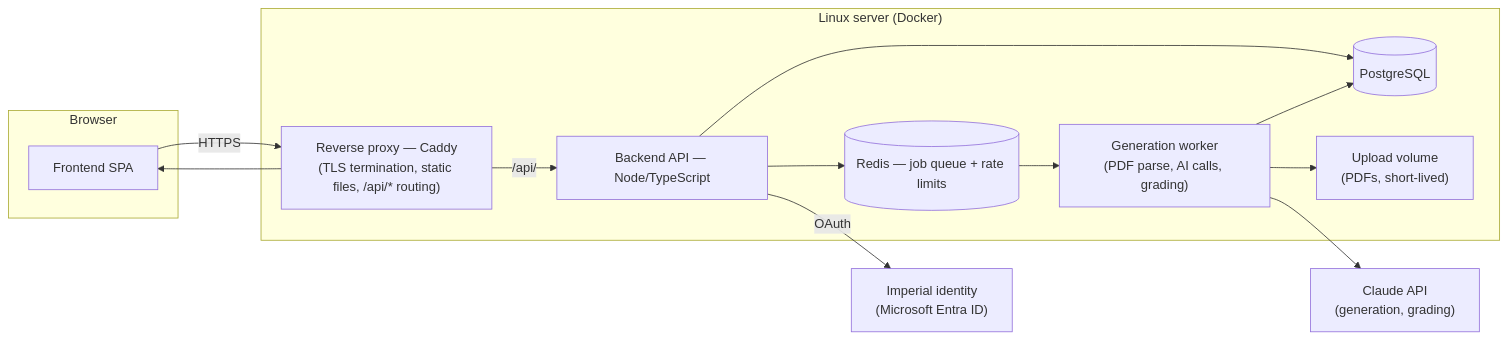
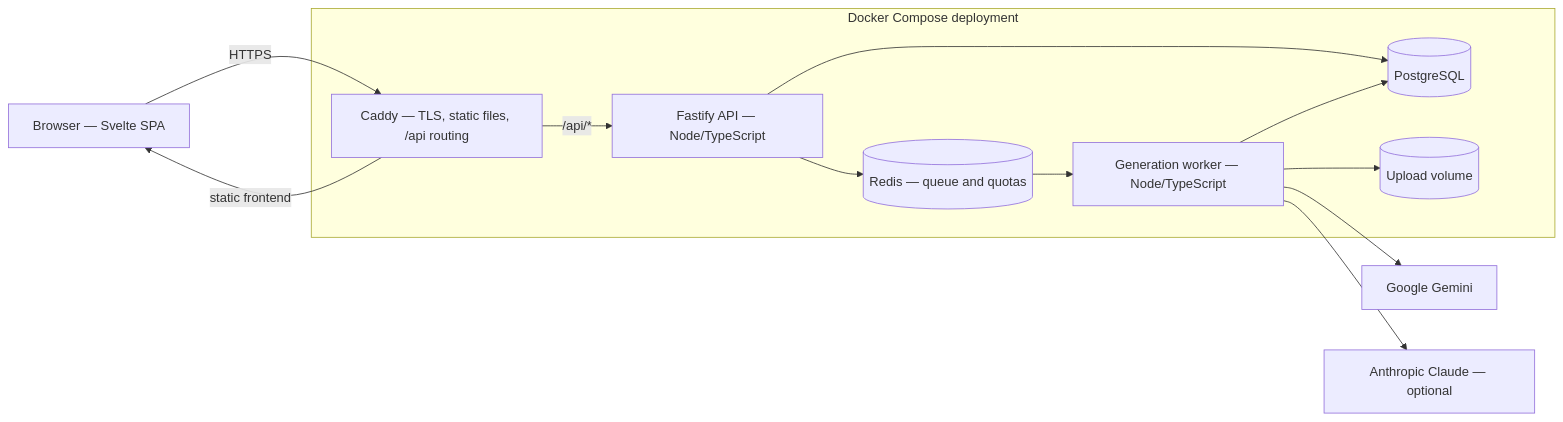
The first of 2 diagrams in design.md (JiamingLiu5/foe-edtechlab-flashcards), drawn with Mermaid before and after one commit. The commit also changed other lines of this file and 13 other files, not shown here.

Commit message:
Add teacher user flow

````diff
--- a/design.md
+++ b/design.md
@@ -11,29 +14,27 @@
 ```mermaid
 flowchart LR
-  subgraph Client["Browser"]
-    SPA["Frontend SPA"]
+  Browser[Browser — Svelte SPA]
+
+  subgraph Docker[Docker Compose deployment]
+    Proxy[Caddy — TLS, static files, /api routing]
+    API[Fastify API — Node/TypeScript]
+    Worker[Generation worker — Node/TypeScript]
+    DB[(PostgreSQL)]
+    Redis[(Redis — queue and quotas)]
+    Uploads[(Upload volume)]
   end
 
-  subgraph Server["Linux server (Docker)"]
-    Proxy["Reverse proxy — Caddy\n(TLS termination, static files, /api/* routing)"]
-    API["Backend API — Node/TypeScript"]
-    Worker["Generation worker\n(PDF parse, AI calls, grading)"]
-    DB[("PostgreSQL")]
-    Queue[("Redis — job queue + rate limits")]
-    Files["Upload volume\n(PDFs, short-lived)"]
-  end
+  Gemini[Google Gemini]
+  Claude[Anthropic Claude — optional]
 
-  AI["Claude API\n(generation, grading)"]
-  IdP["Imperial identity\n(Microsoft Entra ID)"]
-
-  SPA -- HTTPS --> Proxy
-  Proxy --> SPA
-  Proxy -- "/api/" --> API
+  Browser -->|HTTPS| Proxy
+  Proxy -->|static frontend| Browser
+  Proxy -->|/api/*| API
   API --> DB
-  API --> Queue
-  Queue --> Worker
-  Worker --> Files
-  Worker --> AI
+  API --> Redis
+  Redis --> Worker
   Worker --> DB
-  API -- OAuth --> IdP
+  Worker --> Uploads
+  Worker --> Gemini
+  Worker --> Claude
 ```
````
